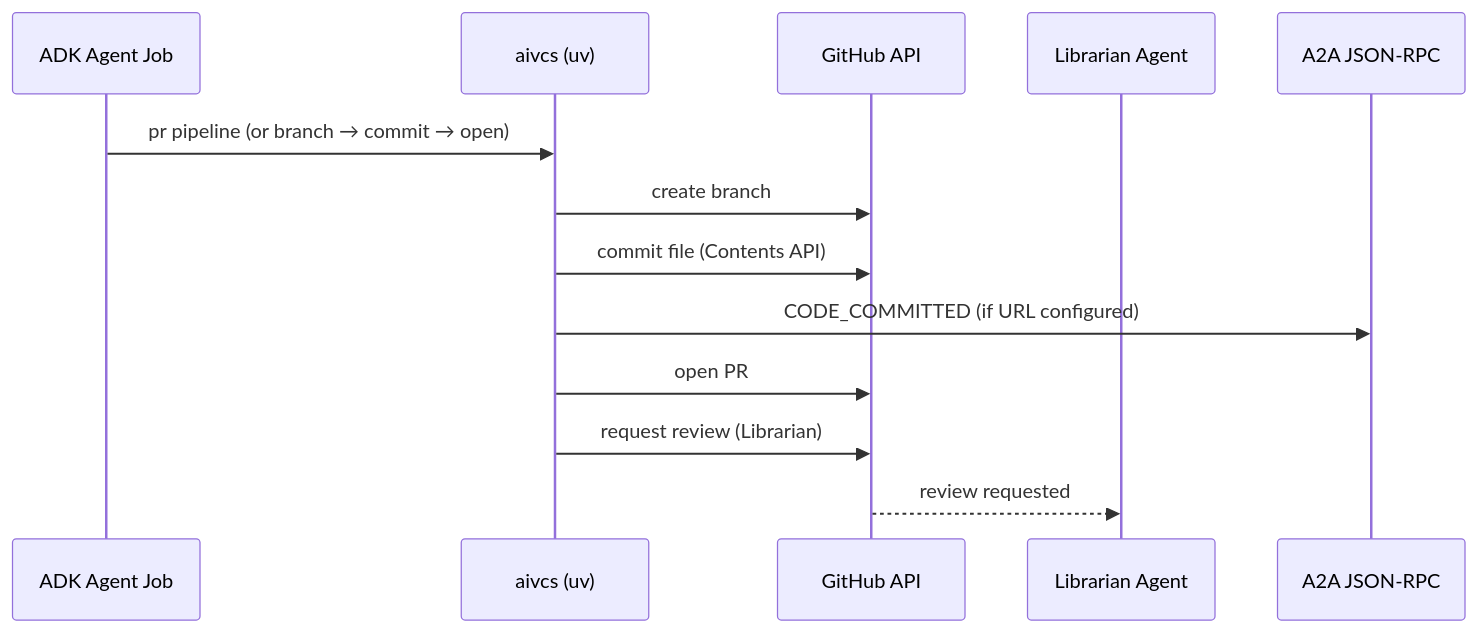
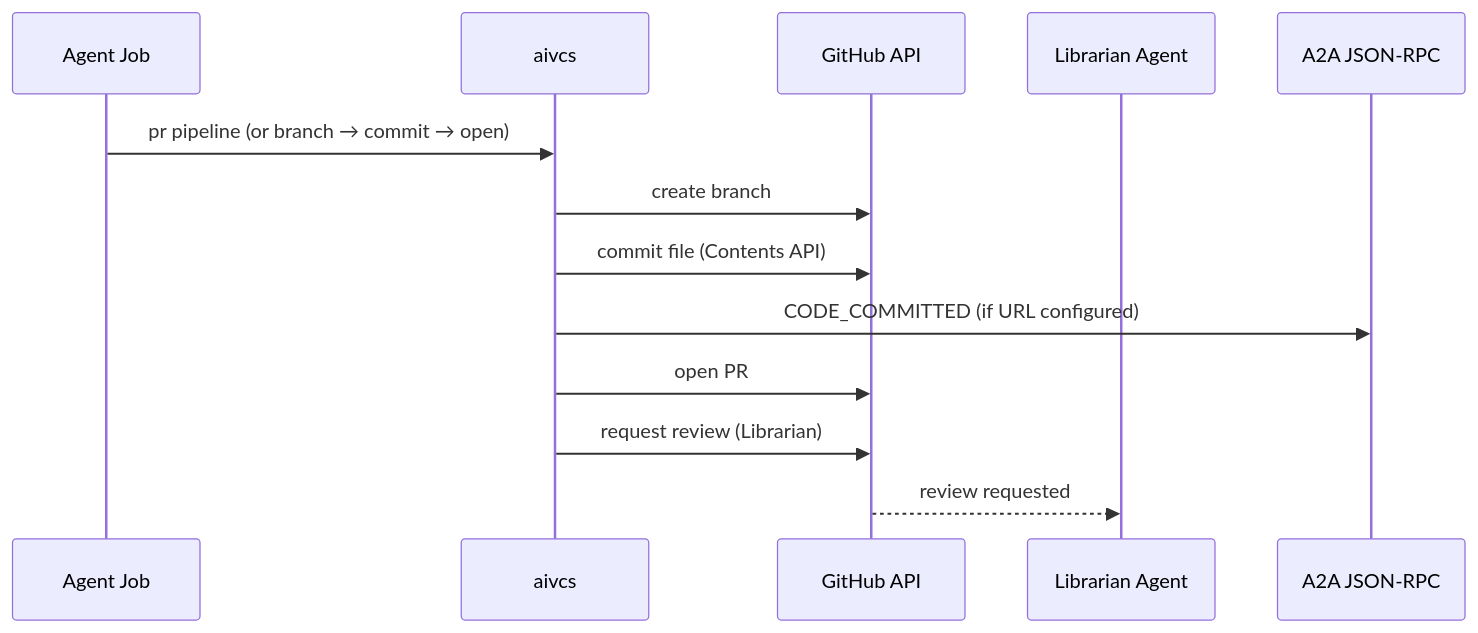
Before and after one commit to aivcs-io/aivcs: the diagram in docs/runbooks/zero-touch-pr-pipeline.md, drawn with Mermaid. The commit also changed other lines of this file and 4 other files, not shown here.

````diff
--- a/docs/runbooks/zero-touch-pr-pipeline.md
+++ b/docs/runbooks/zero-touch-pr-pipeline.md
@@ -11,16 +9,16 @@
 ```mermaid
 sequenceDiagram
-    participant Job as ADK Agent Job
-    participant AIVCS as aivcs (uv)
+    participant Job as Agent Job
+    participant AIVCS as aivcs
     participant GH as GitHub API
     participant Lib as Librarian Agent
     participant A2A as A2A JSON-RPC
 
     Job->>AIVCS: pr pipeline (or branch → commit → open)
     AIVCS->>GH: create branch
     AIVCS->>GH: commit file (Contents API)
     AIVCS->>A2A: CODE_COMMITTED (if URL configured)
     AIVCS->>GH: open PR
     AIVCS->>GH: request review (Librarian)
     GH-->>Lib: review requested
 ```
````
